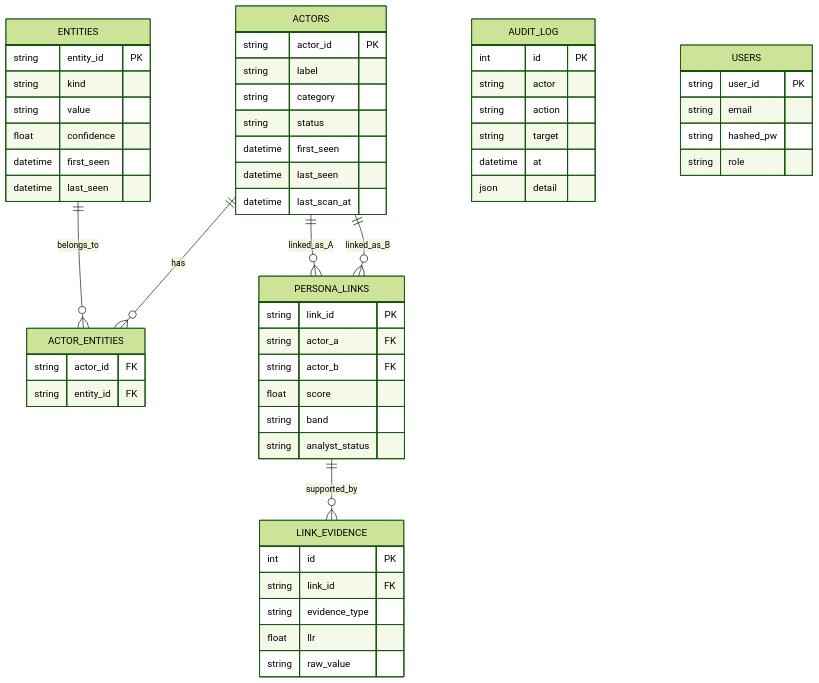
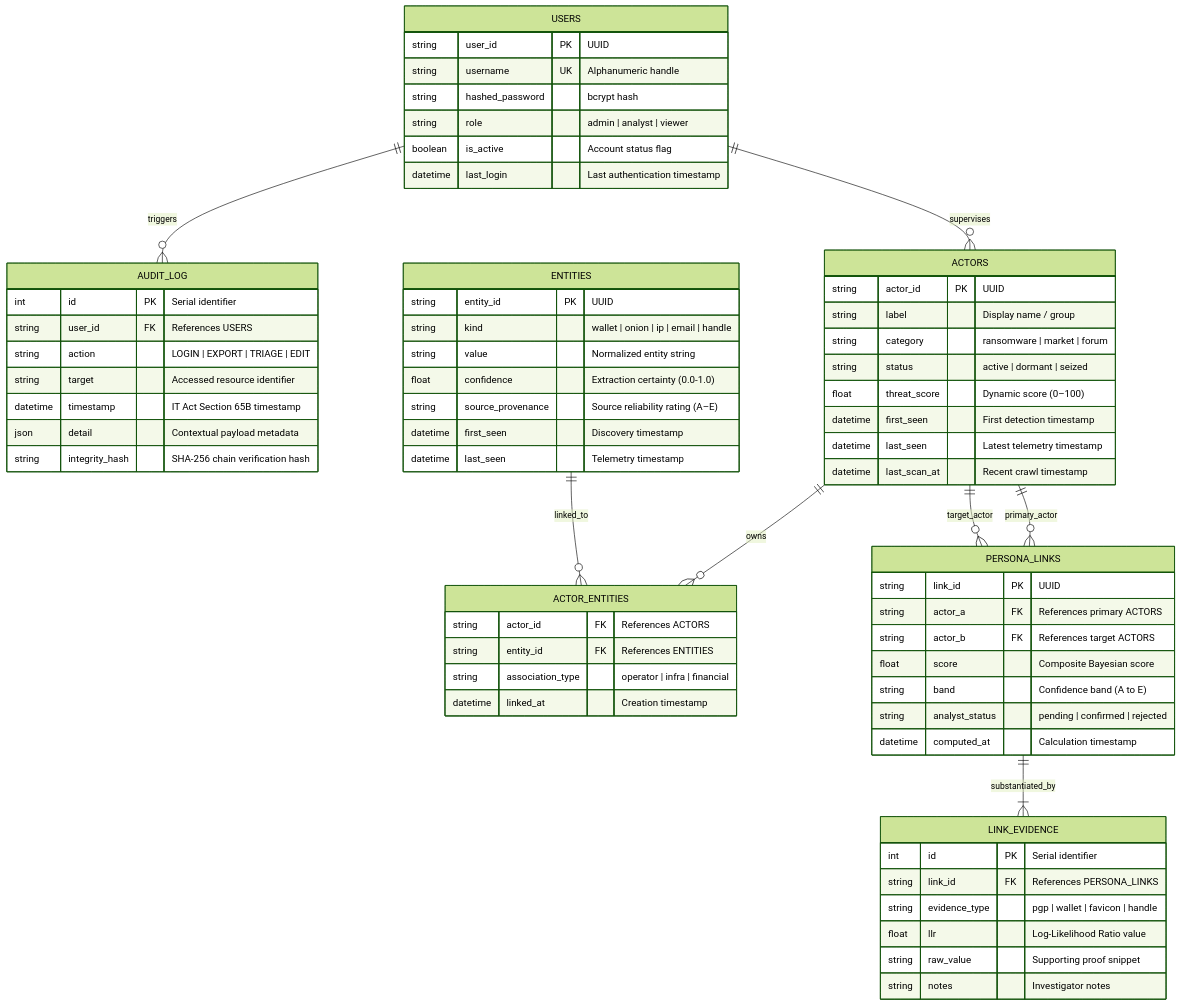
Before and after one commit to Swaggyop/netra: the sixth of 10 diagrams in README.md, drawn with Mermaid (forest theme). The commit also changed other lines of this file, not shown here.

````diff
--- a/README.md
+++ b/README.md
@@ -492,59 +614,76 @@
 ```mermaid
 erDiagram
-    ACTORS {
-        string actor_id PK
-        string label
-        string category
-        string status
-        datetime first_seen
-        datetime last_seen
-        datetime last_scan_at
-    }
-    ENTITIES {
-        string entity_id PK
-        string kind
-        string value
-        float confidence
-        datetime first_seen
-        datetime last_seen
-    }
-    ACTOR_ENTITIES {
-        string actor_id FK
-        string entity_id FK
-    }
-    PERSONA_LINKS {
-        string link_id PK
-        string actor_a FK
-        string actor_b FK
-        float score
-        string band
-        string analyst_status
-    }
-    LINK_EVIDENCE {
-        int id PK
-        string link_id FK
-        string evidence_type
-        float llr
-        string raw_value
-    }
-    AUDIT_LOG {
-        int id PK
-        string actor
-        string action
-        string target
-        datetime at
-        json detail
-    }
+    USERS ||--o{ AUDIT_LOG : "triggers"
+    USERS ||--o{ ACTORS : "supervises"
+    ACTORS ||--o{ ACTOR_ENTITIES : "owns"
+    ENTITIES ||--o{ ACTOR_ENTITIES : "linked_to"
+    ACTORS ||--o{ PERSONA_LINKS : "primary_actor"
+    ACTORS ||--o{ PERSONA_LINKS : "target_actor"
+    PERSONA_LINKS ||--|{ LINK_EVIDENCE : "substantiated_by"
+
     USERS {
-        string user_id PK
-        string email
-        string hashed_pw
-        string role
+        string user_id PK "UUID"
+        string username UK "Alphanumeric handle"
+        string hashed_password "bcrypt hash"
+        string role "admin | analyst | viewer"
+        boolean is_active "Account status flag"
+        datetime last_login "Last authentication timestamp"
     }
 
-    ACTORS ||--o{ ACTOR_ENTITIES : has
-    ENTITIES ||--o{ ACTOR_ENTITIES : belongs_to
-    ACTORS ||--o{ PERSONA_LINKS : linked_as_A
-    ACTORS ||--o{ PERSONA_LINKS : linked_as_B
-    PERSONA_LINKS ||--o{ LINK_EVIDENCE : supported_by
+    ACTORS {
+        string actor_id PK "UUID"
+        string label "Display name / group"
+        string category "ransomware | market | forum"
+        string status "active | dormant | seized"
+        float threat_score "Dynamic score (0–100)"
+        datetime first_seen "First detection timestamp"
+        datetime last_seen "Latest telemetry timestamp"
+        datetime last_scan_at "Recent crawl timestamp"
+    }
+
+    ENTITIES {
+        string entity_id PK "UUID"
+        string kind "wallet | onion | ip | email | handle"
+        string value "Normalized entity string"
+        float confidence "Extraction certainty (0.0-1.0)"
+        string source_provenance "Source reliability rating (A–E)"
+        datetime first_seen "Discovery timestamp"
+        datetime last_seen "Telemetry timestamp"
+    }
+
+    ACTOR_ENTITIES {
+        string actor_id FK "References ACTORS"
+        string entity_id FK "References ENTITIES"
+        string association_type "operator | infra | financial"
+        datetime linked_at "Creation timestamp"
+    }
+
+    PERSONA_LINKS {
+        string link_id PK "UUID"
+        string actor_a FK "References primary ACTORS"
+        string actor_b FK "References target ACTORS"
+        float score "Composite Bayesian score"
+        string band "Confidence band (A to E)"
+        string analyst_status "pending | confirmed | rejected"
+        datetime computed_at "Calculation timestamp"
+    }
+
+    LINK_EVIDENCE {
+        int id PK "Serial identifier"
+        string link_id FK "References PERSONA_LINKS"
+        string evidence_type "pgp | wallet | favicon | handle"
+        float llr "Log-Likelihood Ratio value"
+        string raw_value "Supporting proof snippet"
+        string notes "Investigator notes"
+    }
+
+    AUDIT_LOG {
+        int id PK "Serial identifier"
+        string user_id FK "References USERS"
+        string action "LOGIN | EXPORT | TRIAGE | EDIT"
+        string target "Accessed resource identifier"
+        datetime timestamp "IT Act Section 65B timestamp"
+        json detail "Contextual payload metadata"
+        string integrity_hash "SHA-256 chain verification hash"
+    }
 ```
````
